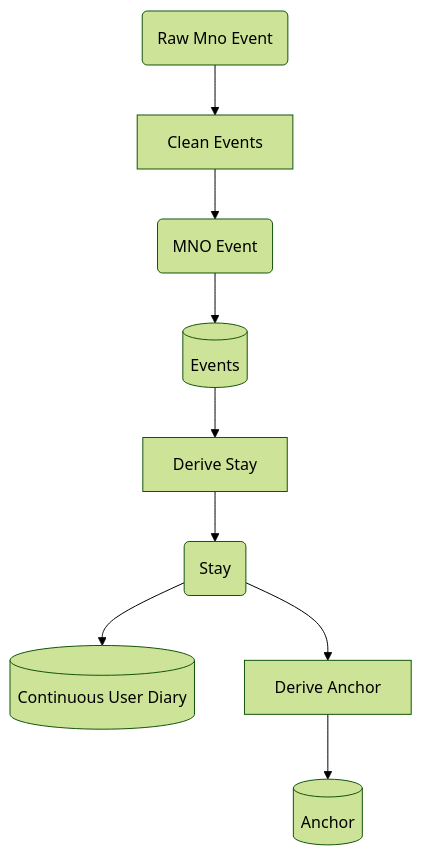
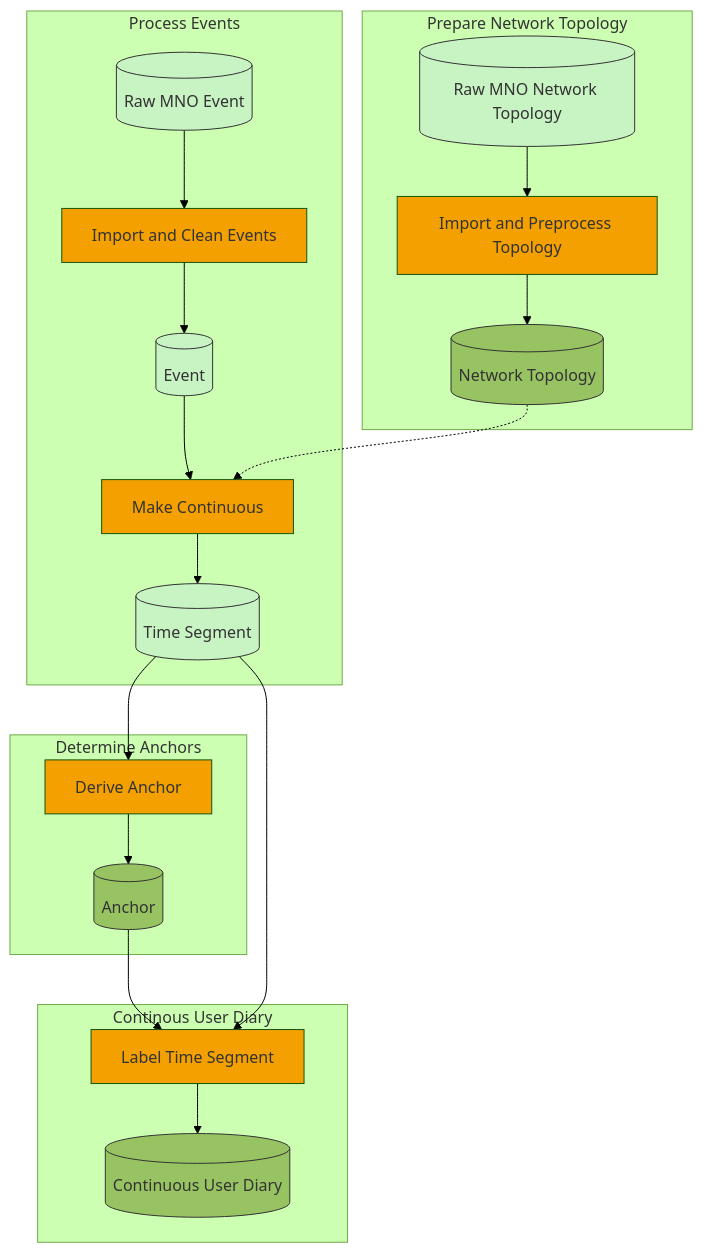
One commit to djvanderlaan/pipeline changed the first of 2 diagrams in README.md. Above: the diagram before and after it, drawn with Mermaid (forest theme). The commit also changed other lines of this file and 1 other file, not shown here.

````diff
--- a/README.md
+++ b/README.md
@@ -9,19 +14,45 @@
 ```mermaid
+
 flowchart TD
 
-rawevent:data("Raw Mno Event")
-event:data("MNO Event")
-stay("Stay")
-event:db[("Events")]
-anchor_db[("Anchor")]
-cud_db[("Continuous User Diary")]
+classDef data fill:#033d59,stroke-width:1px, color:#333333;
+classDef process fill:#f3a000,stroke-width:1px,color:#333333;
+classDef db fill:#c8f3c3,stroke:#333333,color:#333333;
+classDef db_rest fill:#98c363,stroke:#333333,color:#333333;
 
-derive_stay["Derive Stay"]
+RawEvent[("Raw MNO Event")]:::db
+Event[("Event")]:::db
+anchor_db[("Anchor")]:::db_rest
+cud_db[("Continuous User Diary")]:::db_rest
+TimeSegment[("Time Segment")]:::db
 
-rawevent:data --> CleanUp["Clean Events"] --> event:data
-event:data --> event:db
-event:db --> derive_stay --> stay
+derive_achor["Derive Anchor"]:::process
+make_cont["Make Continuous"]:::process
+label["Label Time Segment"]:::process
+clean_up["Import and Clean Events"]:::process
 
-stay --> derive_achor["Derive Anchor"] --> anchor_db
-stay --> cud_db
+subgraph proces_events["Process Events"]
+  RawEvent --> clean_up --> Event
+  Event --> make_cont --> TimeSegment
+end
+
+TimeSegment --> derive_achor
+subgraph Anchor["Determine Anchors"]
+  derive_achor --> anchor_db
+end
+
+anchor_db --> label
+TimeSegment --> label
+subgraph cud["Continous User Diary"]
+  label --> cud_db
+end
+
+subgraph preprocessnetwork["Prepare Network Topology"]
+  RawNetwork[("Raw MNO Network Topology")]:::db
+  Network[("Network Topology")]:::db_rest
+  clean_network["Import and Preprocess Topology"]:::process
+
+  Network -.-> make_cont
+  RawNetwork --> clean_network --> Network
+end
 ```
````
